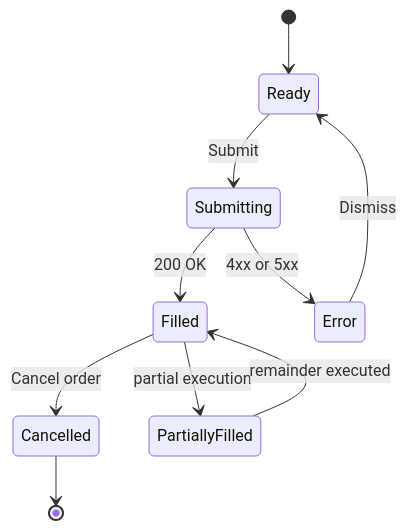
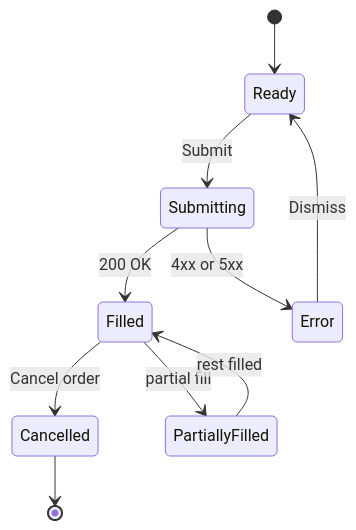
Before and after one commit to nicktodd/leap-analyst-labs: the diagram in ui-ux/labs/07-validating-a-screen-spec/ai-generated-states.md, drawn with Mermaid. The commit also changed 33 other files, not shown here.

````diff
--- a/ui-ux/labs/07-validating-a-screen-spec/ai-generated-states.md
+++ b/ui-ux/labs/07-validating-a-screen-spec/ai-generated-states.md
@@ -8,12 +8,12 @@
 ```mermaid
 stateDiagram-v2
-    [*] --> Ready
-    Ready --> Submitting : Submit
-    Submitting --> Filled : 200 OK
-    Submitting --> Error : 4xx or 5xx
-    Filled --> Cancelled : Cancel order
-    Error --> Ready : Dismiss
-    Filled --> PartiallyFilled : partial execution
-    PartiallyFilled --> Filled : remainder executed
-    Cancelled --> [*]
+  [*] --> Ready
+  Ready --> Submitting : Submit
+  Submitting --> Filled : 200 OK
+  Submitting --> Error : 4xx or 5xx
+  Filled --> Cancelled : Cancel order
+  Error --> Ready : Dismiss
+  Filled --> PartiallyFilled : partial fill
+  PartiallyFilled --> Filled : rest filled
+  Cancelled --> [*]
 ```
````
